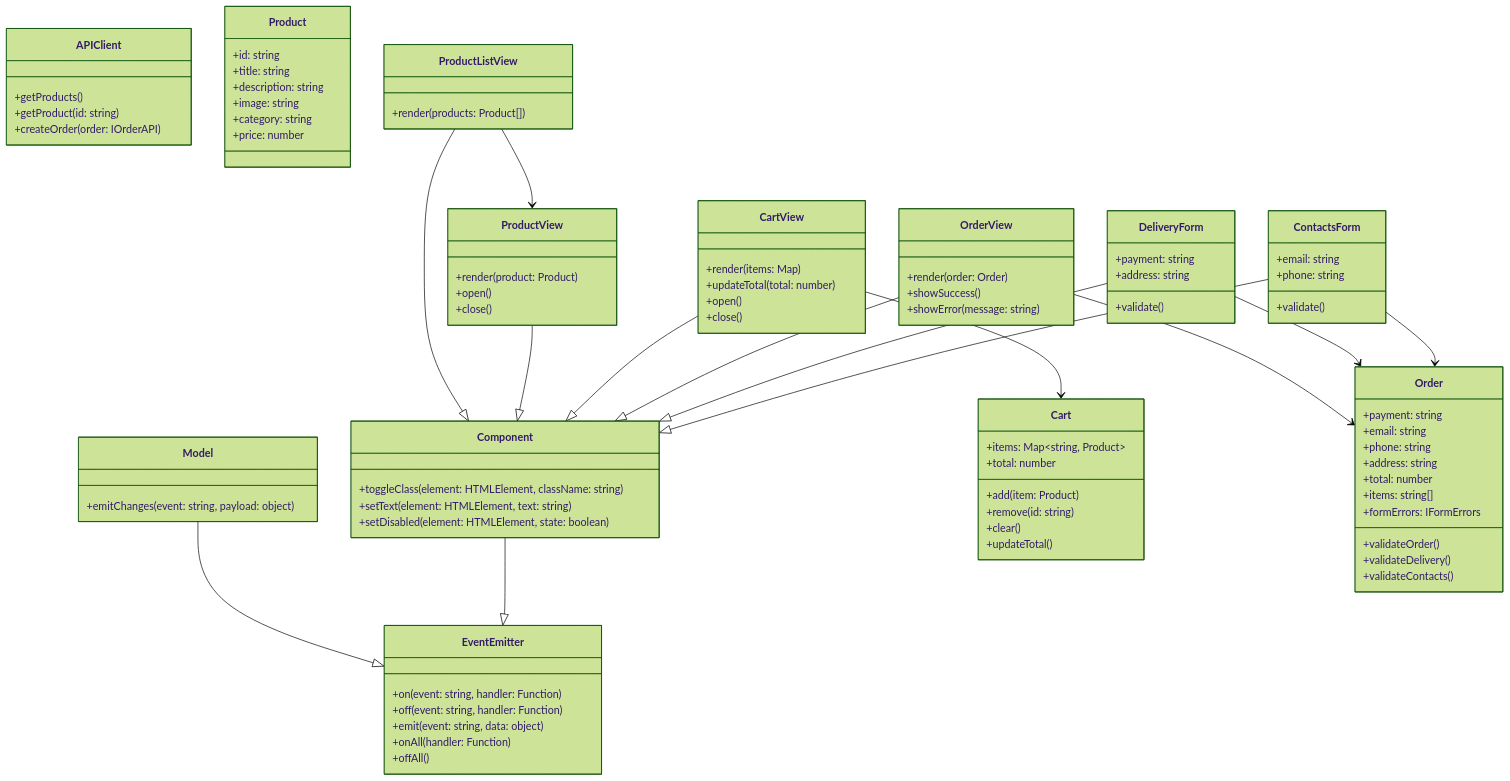
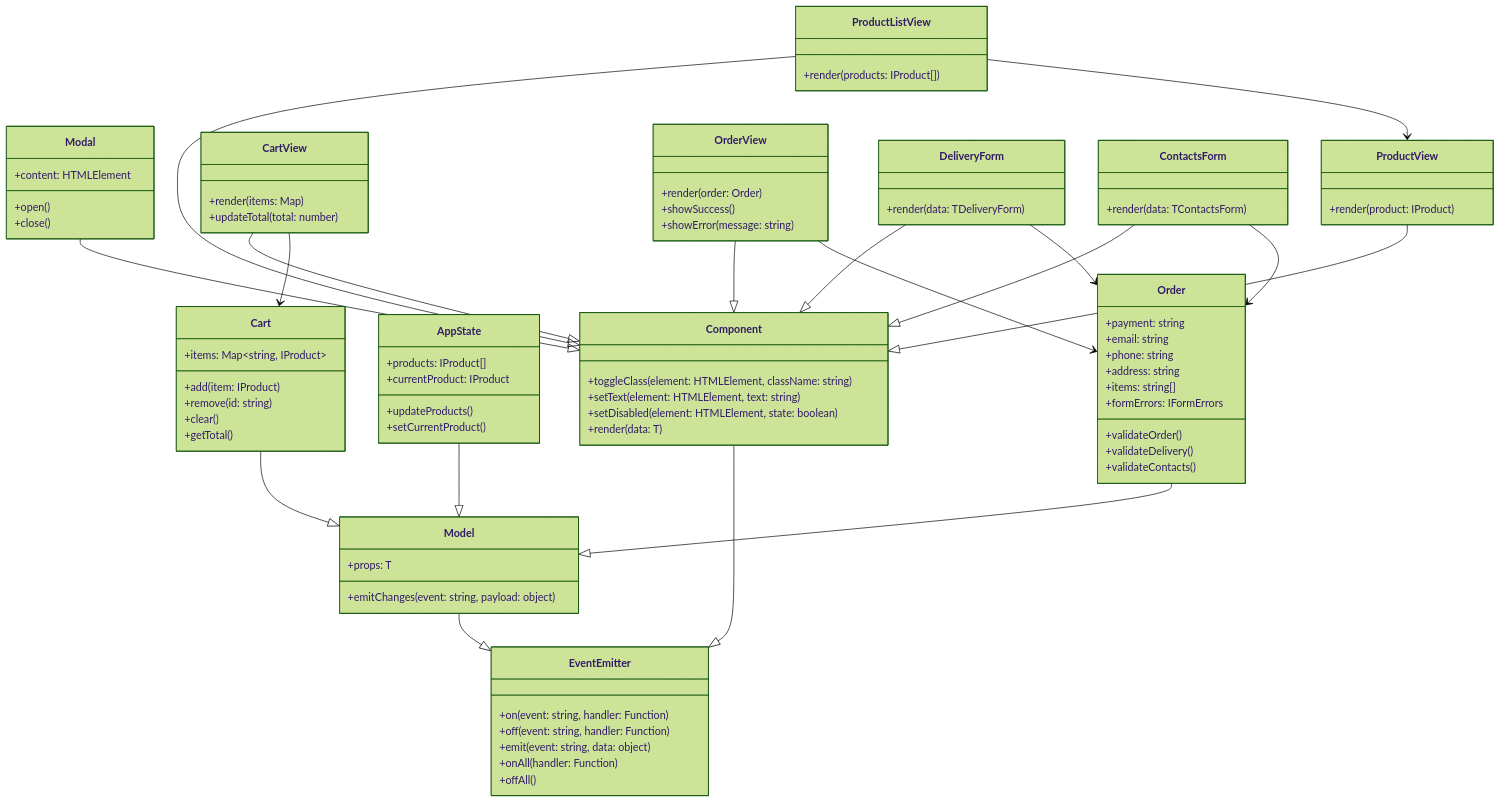
Before and after one commit to BorisTestov/web-larek-frontend: the diagram in architecture.mermaid, drawn with Mermaid (forest theme). The commit also changed 3 other files, not shown here.

```diff
--- a/architecture.mermaid
+++ b/architecture.mermaid
@@ -1,105 +1,99 @@
 classDiagram
     class EventEmitter {
         +on(event: string, handler: Function)
         +off(event: string, handler: Function)
         +emit(event: string, data: object)
         +onAll(handler: Function)
         +offAll()
     }
 
     class Component {
         +toggleClass(element: HTMLElement, className: string)
         +setText(element: HTMLElement, text: string)
         +setDisabled(element: HTMLElement, state: boolean)
+        +render(data: T)
     }
 
     class Model {
+        +props: T
         +emitChanges(event: string, payload: object)
     }
 
-    class APIClient {
-        +getProducts()
-        +getProduct(id: string)
-        +createOrder(order: IOrderAPI)
+    class Modal {
+        +content: HTMLElement
+        +open()
+        +close()
     }
 
-    class Product {
-        +id: string
-        +title: string
-        +description: string
-        +image: string
-        +category: string
-        +price: number
+    class AppState {
+        +products: IProduct[]
+        +currentProduct: IProduct
+        +updateProducts()
+        +setCurrentProduct()
     }
 
     class Cart {
-        +items: Map~string, Product~
-        +total: number
-        +add(item: Product)
+        +items: Map~string, IProduct~
+        +add(item: IProduct)
         +remove(id: string)
         +clear()
-        +updateTotal()
+        +getTotal()
     }
 
     class Order {
         +payment: string
         +email: string
         +phone: string
         +address: string
-        +total: number
         +items: string[]
         +formErrors: IFormErrors
         +validateOrder()
         +validateDelivery()
         +validateContacts()
     }
 
     class ProductListView {
-        +render(products: Product[])
+        +render(products: IProduct[])
     }
 
     class ProductView {
-        +render(product: Product)
-        +open()
-        +close()
+        +render(product: IProduct)
     }
 
     class CartView {
         +render(items: Map)
         +updateTotal(total: number)
-        +open()
-        +close()
     }
 
     class OrderView {
         +render(order: Order)
         +showSuccess()
         +showError(message: string)
     }
 
     class DeliveryForm {
-        +payment: string
-        +address: string
-        +validate()
+        +render(data: TDeliveryForm)
     }
 
     class ContactsForm {
-        +email: string
-        +phone: string
-        +validate()
+        +render(data: TContactsForm)
     }
 
     Model --|> EventEmitter
     Component --|> EventEmitter
+    Modal --|> Component
     ProductListView --|> Component
     ProductView --|> Component
     CartView --|> Component
     OrderView --|> Component
     DeliveryForm --|> Component
     ContactsForm --|> Component
+    AppState --|> Model
+    Cart --|> Model
+    Order --|> Model
 
     ProductListView --> ProductView
     CartView --> Cart
     OrderView --> Order
     DeliveryForm --> Order
     ContactsForm --> Order
```
